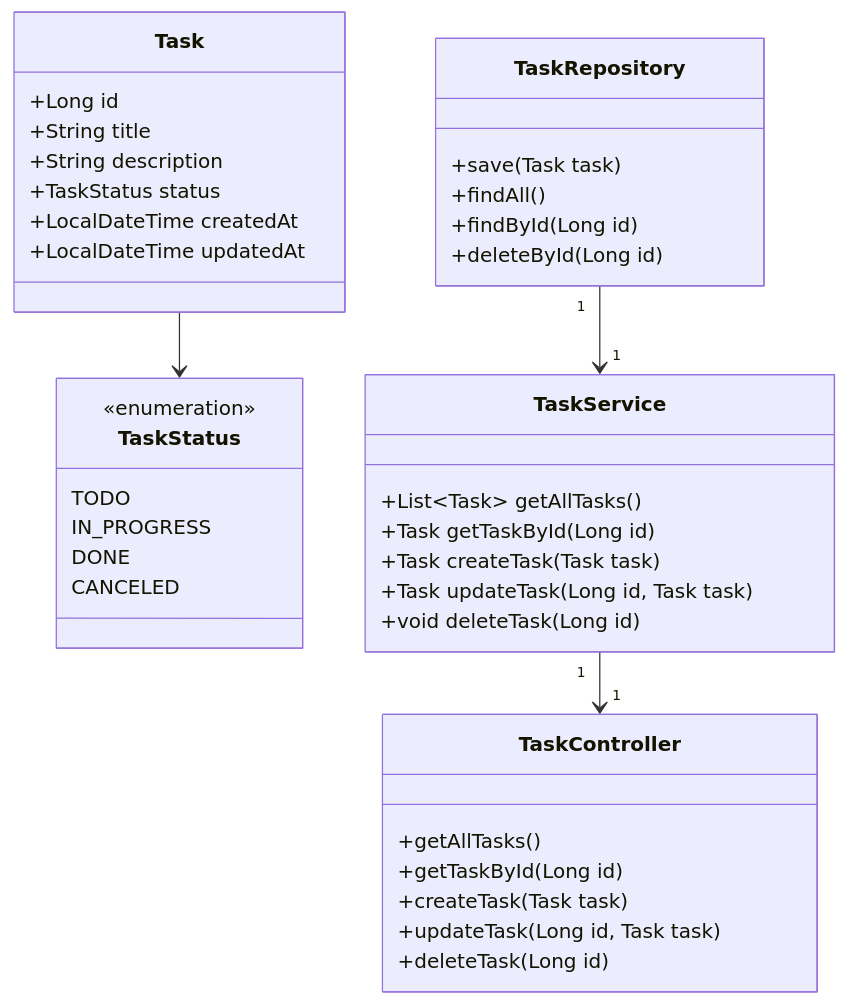
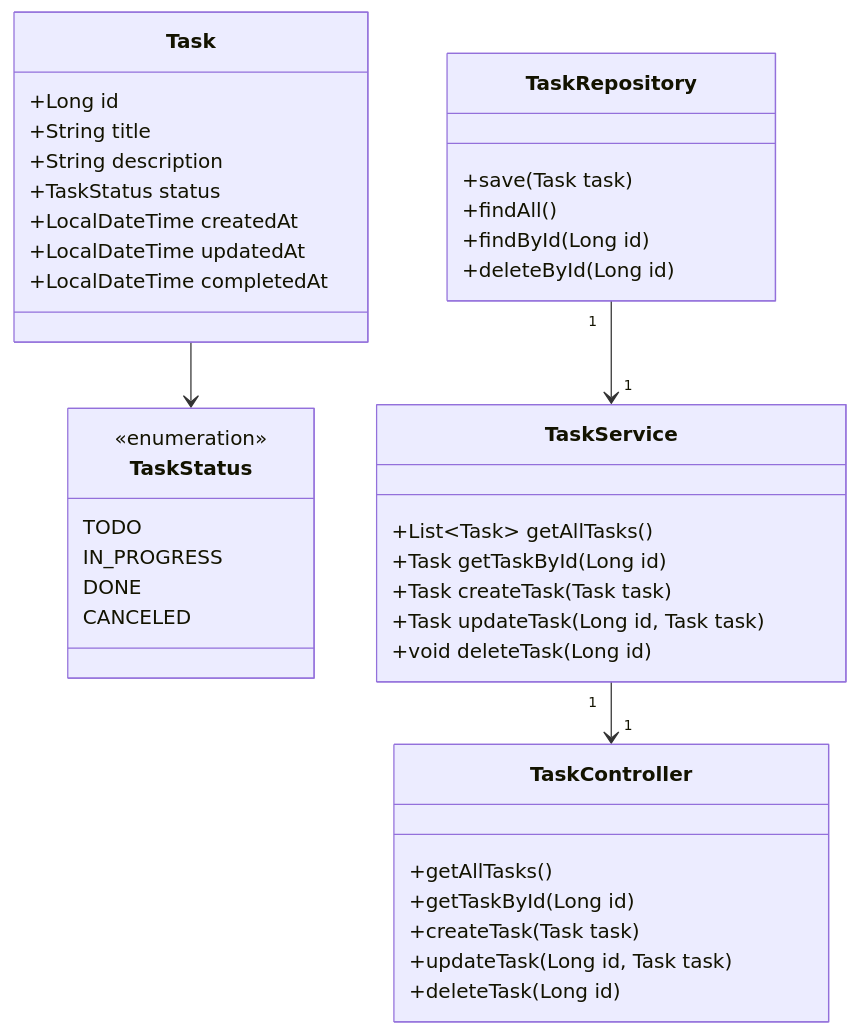
Before and after one commit to matheusmigge/api-rest-dio: the diagram in README.md, drawn with Mermaid.

````diff
--- a/README.md
+++ b/README.md
@@ -5,50 +5,51 @@
 ```mermaid
 
 classDiagram
     class Task {
         +Long id
         +String title
         +String description
         +TaskStatus status
         +LocalDateTime createdAt
         +LocalDateTime updatedAt
+        +LocalDateTime completedAt
     }
 
 
     class TaskStatus {
         <<enumeration>>
         TODO
         IN_PROGRESS
         DONE
         CANCELED
     }
 
     class TaskRepository {
         +save(Task task)
         +findAll()
         +findById(Long id)
         +deleteById(Long id)
     }
 
     class TaskService {
         +List~Task~ getAllTasks()
         +Task getTaskById(Long id)
         +Task createTask(Task task)
         +Task updateTask(Long id, Task task)
         +void deleteTask(Long id)
     }
 
     class TaskController {
         +getAllTasks()
         +getTaskById(Long id)
         +createTask(Task task)
         +updateTask(Long id, Task task)
         +deleteTask(Long id)
     }
 
     Task --> TaskStatus
     TaskRepository "1" --> "1" TaskService
     TaskService "1" --> "1" TaskController
 
 
 ```
````
